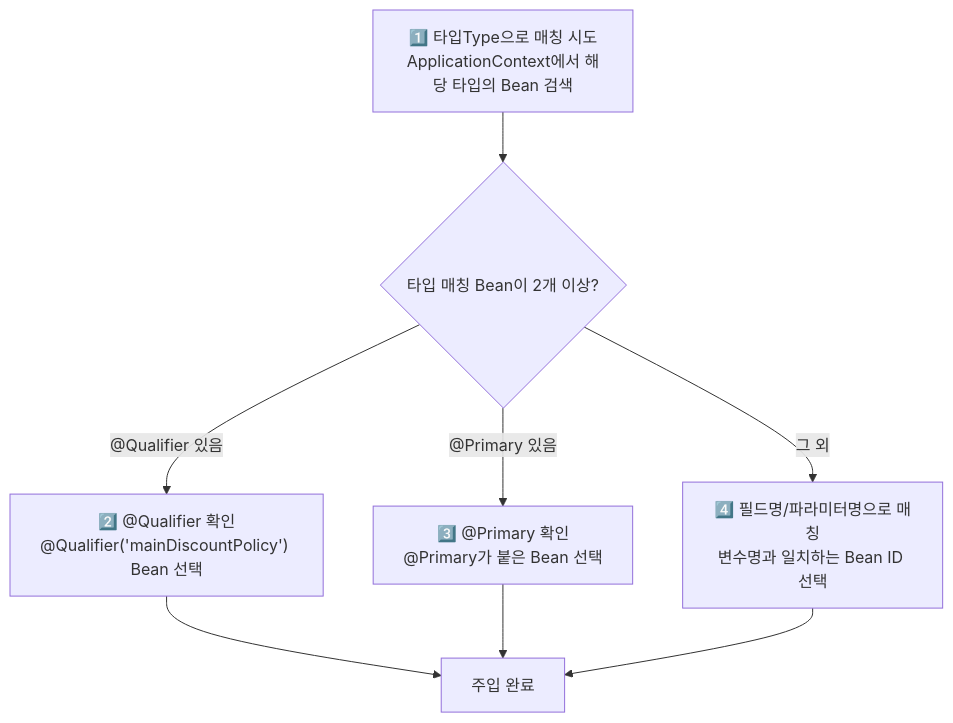
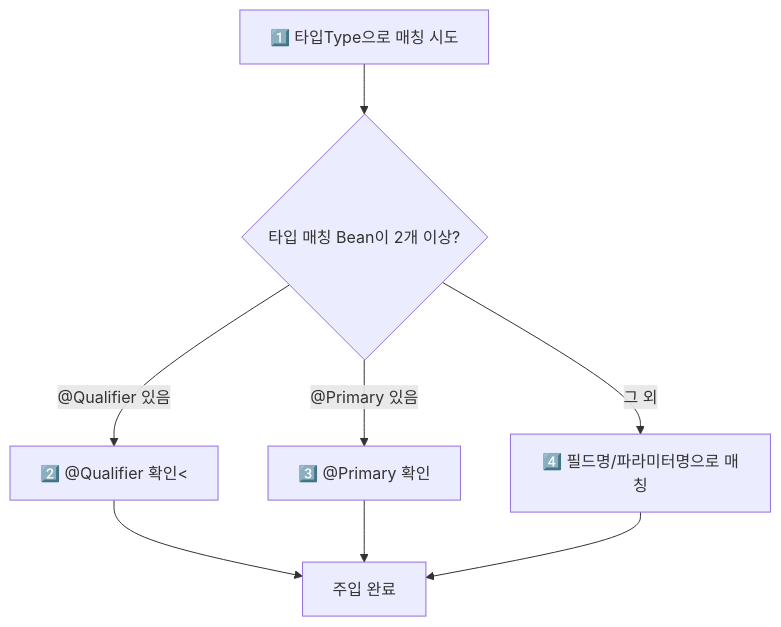
The sixth of 7 diagrams in _posts/spring/2026-05-01-spring-ioc-di.md (yjkim2015/yjkim2015.github.io), drawn with Mermaid before and after one commit. The commit also changed other lines of this file and 271 other files, not shown here.

First line of the commit message:
Mermaid 라벨 축소: 긴 노드 텍스트 18자 이하로 트림 + \n 제거

````diff
--- a/_posts/spring/2026-05-01-spring-ioc-di.md
+++ b/_posts/spring/2026-05-01-spring-ioc-di.md
@@ -382,10 +382,10 @@
 ```mermaid
 graph TD
-    A["1️⃣ 타입Type으로 매칭 시도<br>ApplicationContext에서 해당 타입의 Bean 검색"] --> B{"타입 매칭 Bean이 2개 이상?"}
-    B -->|"@Qualifier 있음"| C["2️⃣ @Qualifier 확인<br>@Qualifier('mainDiscountPolicy') Bean 선택"]
-    B -->|"@Primary 있음"| D["3️⃣ @Primary 확인<br>@Primary가 붙은 Bean 선택"]
-    B -->|"그 외"| E["4️⃣ 필드명/파라미터명으로 매칭<br>변수명과 일치하는 Bean ID 선택"]
+    A["1️⃣ 타입Type으로 매칭 시도"] --> B{"타입 매칭 Bean이 2개 이상?"}
+    B -->|"@Qualifier 있음"| C["2️⃣ @Qualifier 확인<"]
+    B -->|"@Primary 있음"| D["3️⃣ @Primary 확인<br"]
+    B -->|"그 외"| E["4️⃣ 필드명/파라미터명으로 매칭"]
     C --> F["주입 완료"]
     D --> F
     E --> F
 ```
````
